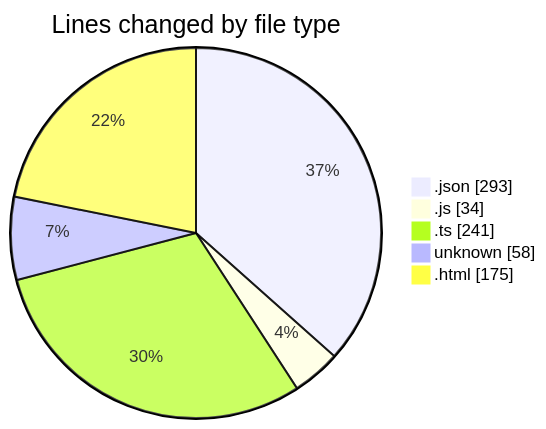
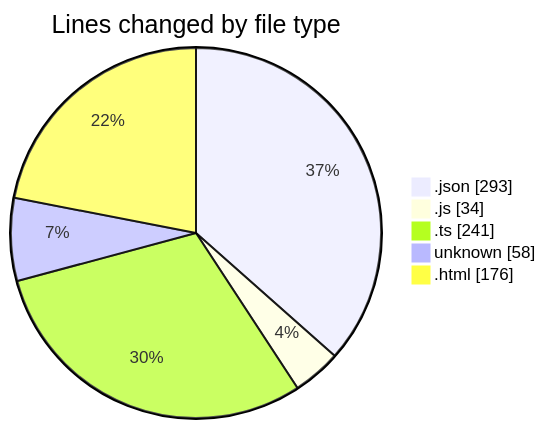
Before and after one commit to momahboobian/code-tracking: the first of 2 diagrams in 2025-05-12/news-clock-system-caspercg/README.md, drawn with Mermaid. The commit also changed other lines of this file and 1 other file, not shown here.

Commit message:
type(activity): Changed lines added in MAIN.html file from 175 to 176. Also changed lines removed from 228 to 230. Total net change increased from 345 to 346 minutes.

````diff
--- a/2025-05-12/news-clock-system-caspercg/README.md
+++ b/2025-05-12/news-clock-system-caspercg/README.md
@@ -32,9 +32,9 @@
 ```mermaid
 pie showData
 title Lines changed by file type
 ".json" : 293
 ".js" : 34
 ".ts" : 241
 "unknown" : 58
-".html" : 175
+".html" : 176
 ```
````
